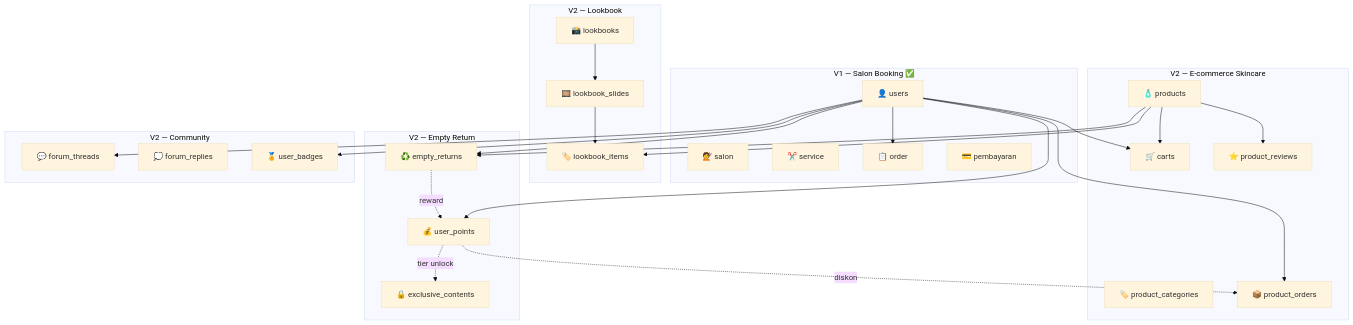
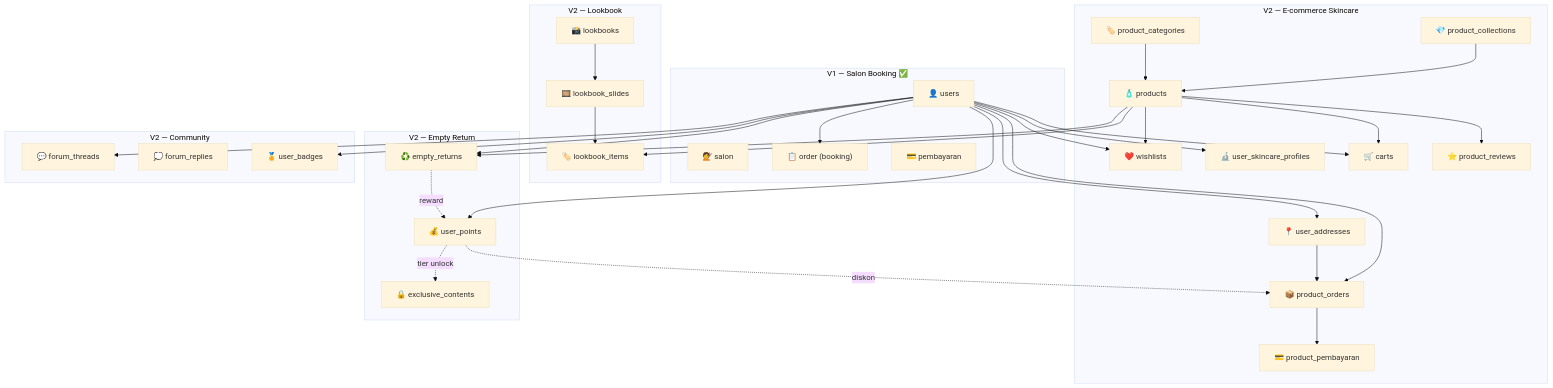
Before and after one commit to yopalll/au123-pk6m: the fourth of 5 diagrams in docs/PRD_VIYGO_V2.md, drawn with Mermaid (base theme). The commit also changed other lines of this file, not shown here.

Commit message:
docs: update PRD v2.1 -- fresh.com scraper, admin store, ongkir api.co.id, wishlist, skincare finder

````diff
--- a/docs/PRD_VIYGO_V2.md
+++ b/docs/PRD_VIYGO_V2.md
@@ -873,56 +1487,69 @@
 ```mermaid
 graph TB
     subgraph "V1 — Salon Booking ✅"
         USER["👤 users"]
         SALON["💇 salon"]
-        SERVICE["✂️ service"]
-        ORDER["📋 order"]
+        ORDER["📋 order (booking)"]
         PEMBAYARAN["💳 pembayaran"]
     end
 
     subgraph "V2 — E-commerce Skincare"
         PROD_CAT["🏷️ product_categories"]
+        PROD_COL["💎 product_collections"]
         PRODUCT["🧴 products"]
+        WISHLIST["❤️ wishlists"]
+        SKIN_PROFILE["🔬 user_skincare_profiles"]
         CART["🛒 carts"]
         PROD_ORDER["📦 product_orders"]
+        PROD_PAY["💳 product_pembayaran"]
         PROD_REVIEW["⭐ product_reviews"]
+        ADDR["📍 user_addresses"]
     end
 
     subgraph "V2 — Lookbook"
         LOOKBOOK["📸 lookbooks"]
         LB_SLIDE["🎞️ lookbook_slides"]
         LB_ITEM["🏷️ lookbook_items"]
     end
 
     subgraph "V2 — Empty Return"
         EMPTY_RET["♻️ empty_returns"]
         USER_PTS["💰 user_points"]
         EXCL_CONTENT["🔒 exclusive_contents"]
     end
 
     subgraph "V2 — Community"
         THREAD["💬 forum_threads"]
         REPLY["💭 forum_replies"]
         BADGE["🏅 user_badges"]
     end
 
     USER --> ORDER
     USER --> CART
+    USER --> WISHLIST
+    USER --> SKIN_PROFILE
     USER --> PROD_ORDER
+    USER --> ADDR
     USER --> EMPTY_RET
     USER --> THREAD
     USER --> USER_PTS
     USER --> BADGE
 
+    PROD_COL --> PRODUCT
+    PROD_CAT --> PRODUCT
     PRODUCT --> CART
+    PRODUCT --> WISHLIST
     PRODUCT --> PROD_REVIEW
     PRODUCT --> LB_ITEM
     PRODUCT --> EMPTY_RET
+
+    PROD_ORDER --> PROD_PAY
+    ADDR --> PROD_ORDER
 
     LOOKBOOK --> LB_SLIDE
     LB_SLIDE --> LB_ITEM
 
     EMPTY_RET -.->|"reward"| USER_PTS
     USER_PTS -.->|"tier unlock"| EXCL_CONTENT
     USER_PTS -.->|"diskon"| PROD_ORDER
 ```
````
